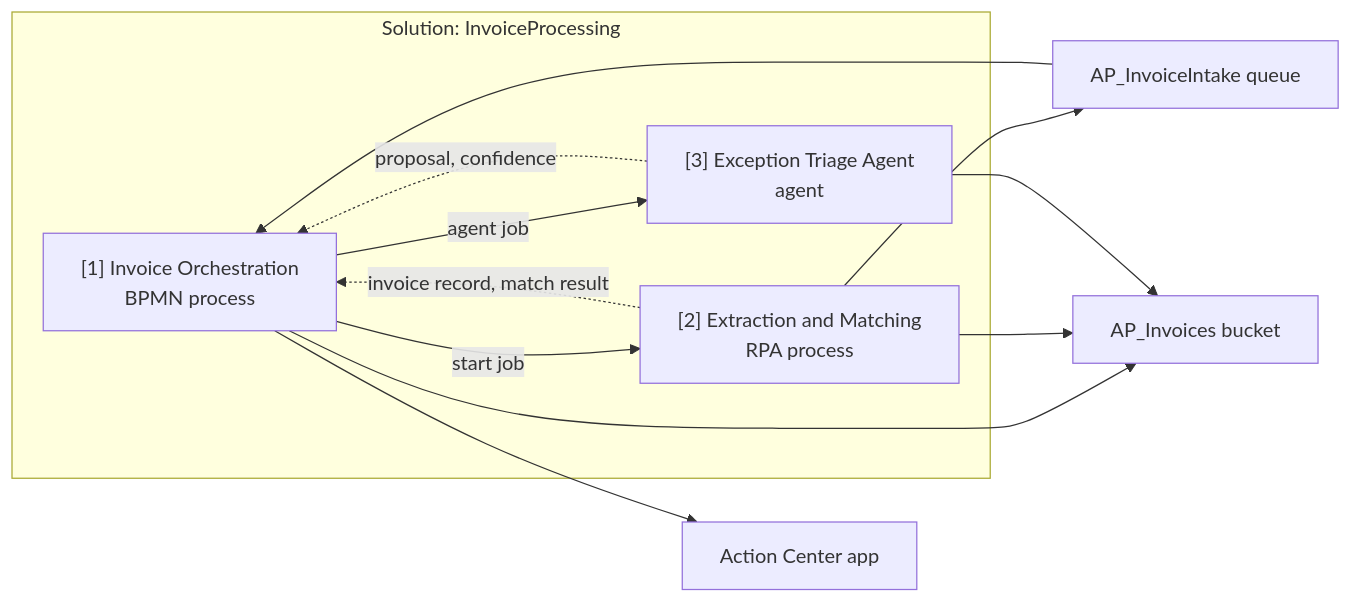
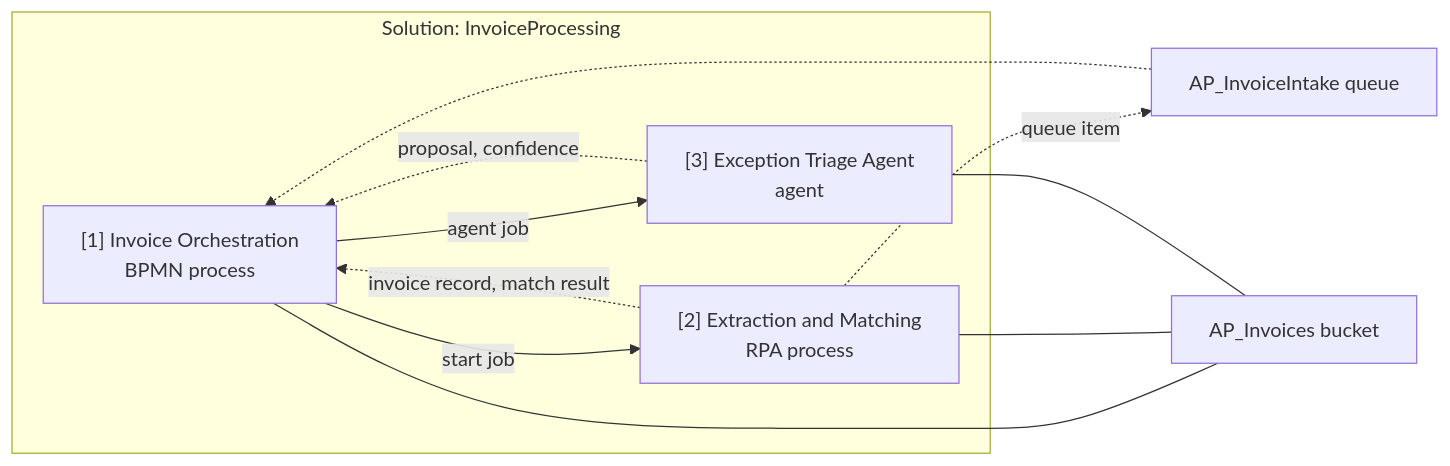
One commit to UiPath/skills changed the second of 2 diagrams in skills/uipath-genome/assets/examples/invoice-processing-genome.md. Above: the diagram before and after it, drawn with Mermaid. The commit also changed 2 other files, not shown here.

Commit message:
Genome component view: unlabelled package dependencies, grouped libraries, handoffs through stores dashed, shared resources on undirected lines, no target systems

````diff
--- a/skills/uipath-genome/assets/examples/invoice-processing-genome.md
+++ b/skills/uipath-genome/assets/examples/invoice-processing-genome.md
@@ -91,19 +91,17 @@
 ```mermaid
 flowchart LR
   subgraph SOL[Solution: InvoiceProcessing]
     O["[1] Invoice Orchestration<br/>BPMN process"]
     R["[2] Extraction and Matching<br/>RPA process"]
     A["[3] Exception Triage Agent<br/>agent"]
   end
   O -->|start job| R
   O -->|agent job| A
   R -.->|invoice record, match result| O
   A -.->|proposal, confidence| O
   Q[AP_InvoiceIntake queue]
   B[AP_Invoices bucket]
-  AC[Action Center app]
-  R --> Q
-  Q --> O
-  O & R & A --> B
-  O --> AC
+  R -.->|queue item| Q
+  Q -.-> O
+  O & R & A --- B
 ```
````
